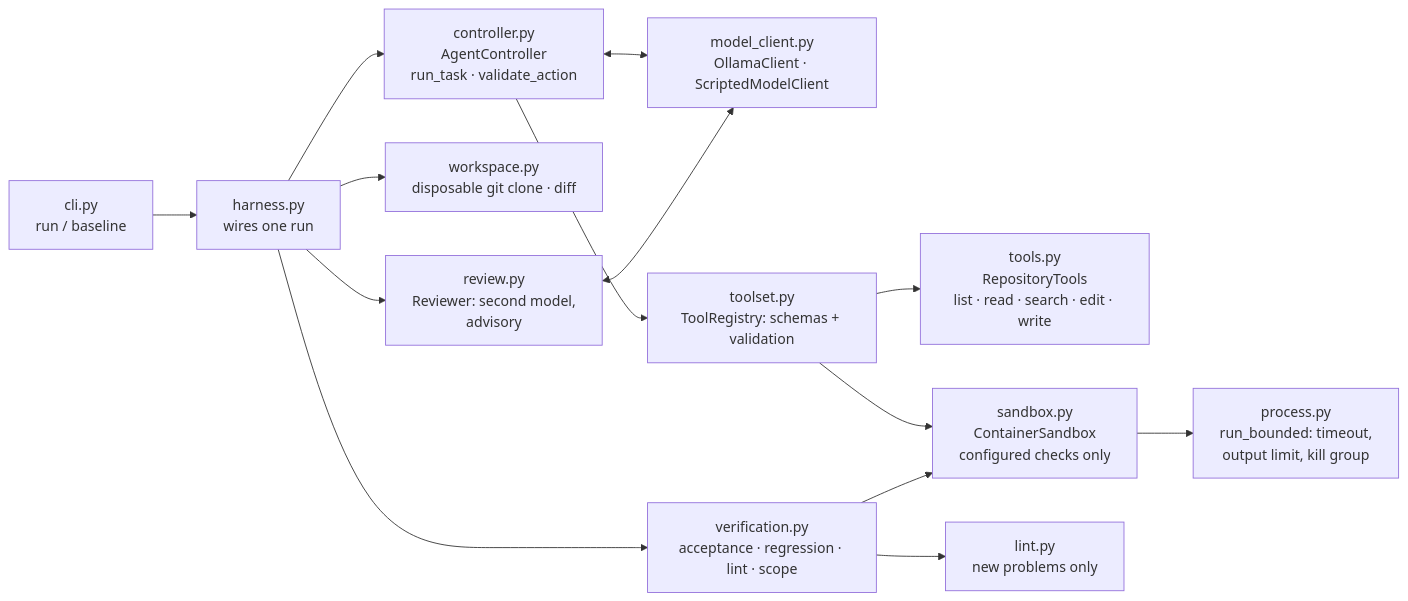
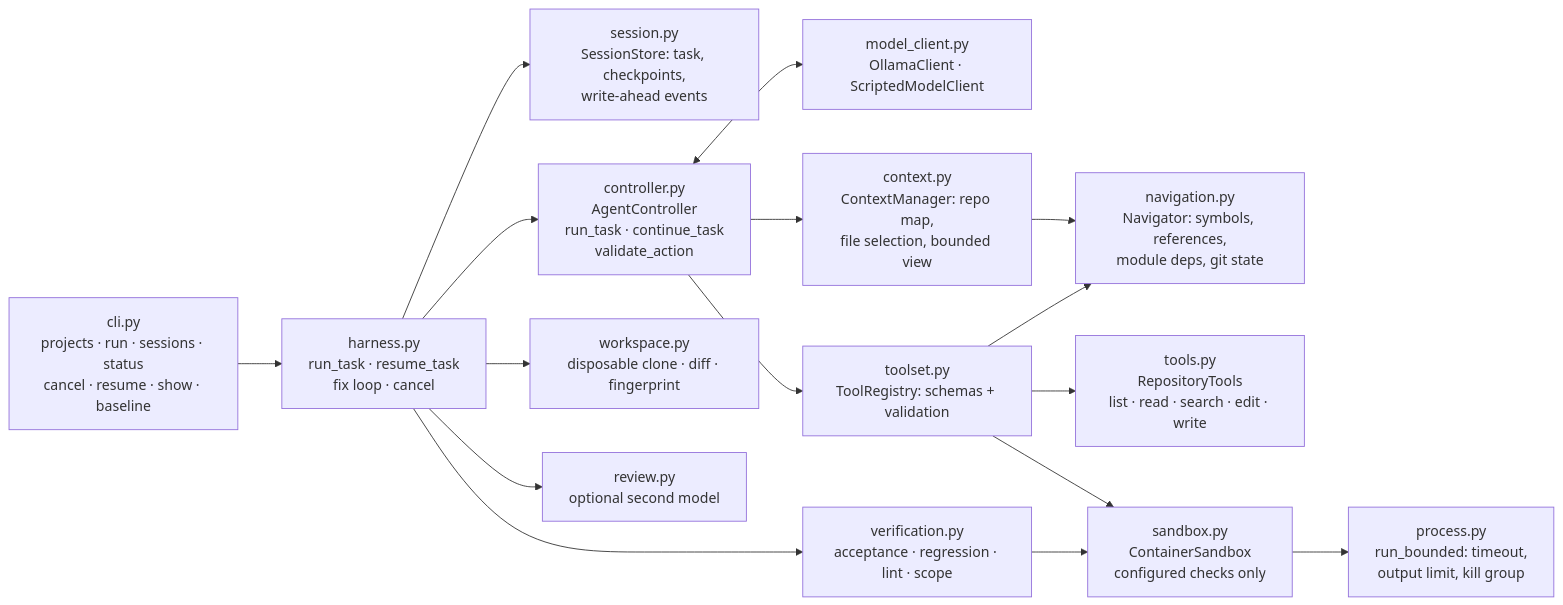
The first of 2 diagrams in README.md (Sevyls/aaia-coding-harness), drawn with Mermaid before and after one commit. The commit also changed other lines of this file and 39 other files, not shown here.

````diff
--- a/README.md
+++ b/README.md
@@ -44,16 +55,18 @@
 ```mermaid
 flowchart LR
-    CLI["cli.py<br/>run / baseline"] --> H["harness.py<br/>wires one run"]
-    H --> C["controller.py<br/>AgentController<br/>run_task · validate_action"]
+    CLI["cli.py<br/>projects · run · sessions · status<br/>cancel · resume · show · baseline"] --> H["harness.py<br/>run_task · resume_task<br/>fix loop · cancel"]
+    H --> SS["session.py<br/>SessionStore: task, checkpoints,<br/>write-ahead events"]
+    H --> C["controller.py<br/>AgentController<br/>run_task · continue_task<br/>validate_action"]
     C <--> M["model_client.py<br/>OllamaClient · ScriptedModelClient"]
+    C --> CM["context.py<br/>ContextManager: repo map,<br/>file selection, bounded view"]
+    CM --> N
     C --> T["toolset.py<br/>ToolRegistry: schemas + validation"]
     T --> R["tools.py<br/>RepositoryTools<br/>list · read · search · edit · write"]
+    T --> N["navigation.py<br/>Navigator: symbols, references,<br/>module deps, git state"]
     T --> S["sandbox.py<br/>ContainerSandbox<br/>configured checks only"]
     S --> P["process.py<br/>run_bounded: timeout,<br/>output limit, kill group"]
-    H --> W["workspace.py<br/>disposable git clone · diff"]
+    H --> W["workspace.py<br/>disposable clone · diff · fingerprint"]
     H --> V["verification.py<br/>acceptance · regression · lint · scope"]
     V --> S
-    V --> LI["lint.py<br/>new problems only"]
-    H --> RV["review.py<br/>Reviewer: second model,<br/>advisory"]
-    RV <--> M
+    H --> RV["review.py<br/>optional second model"]
 ```
````
